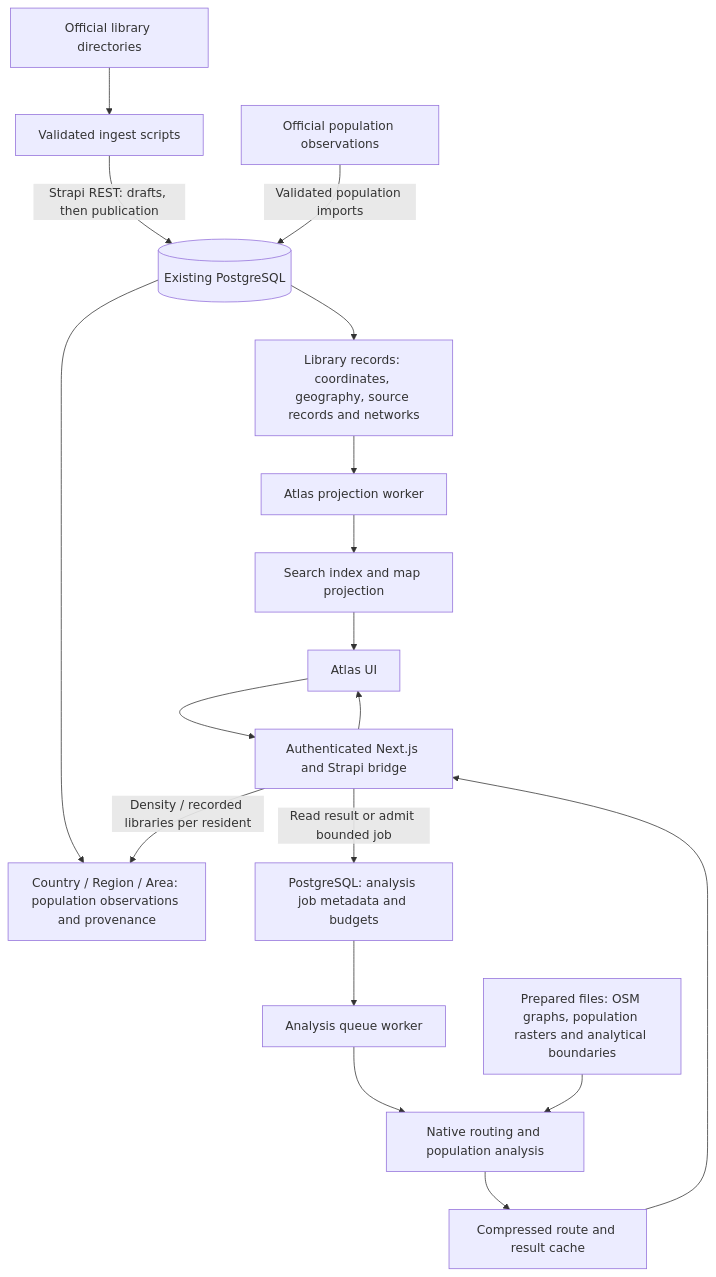
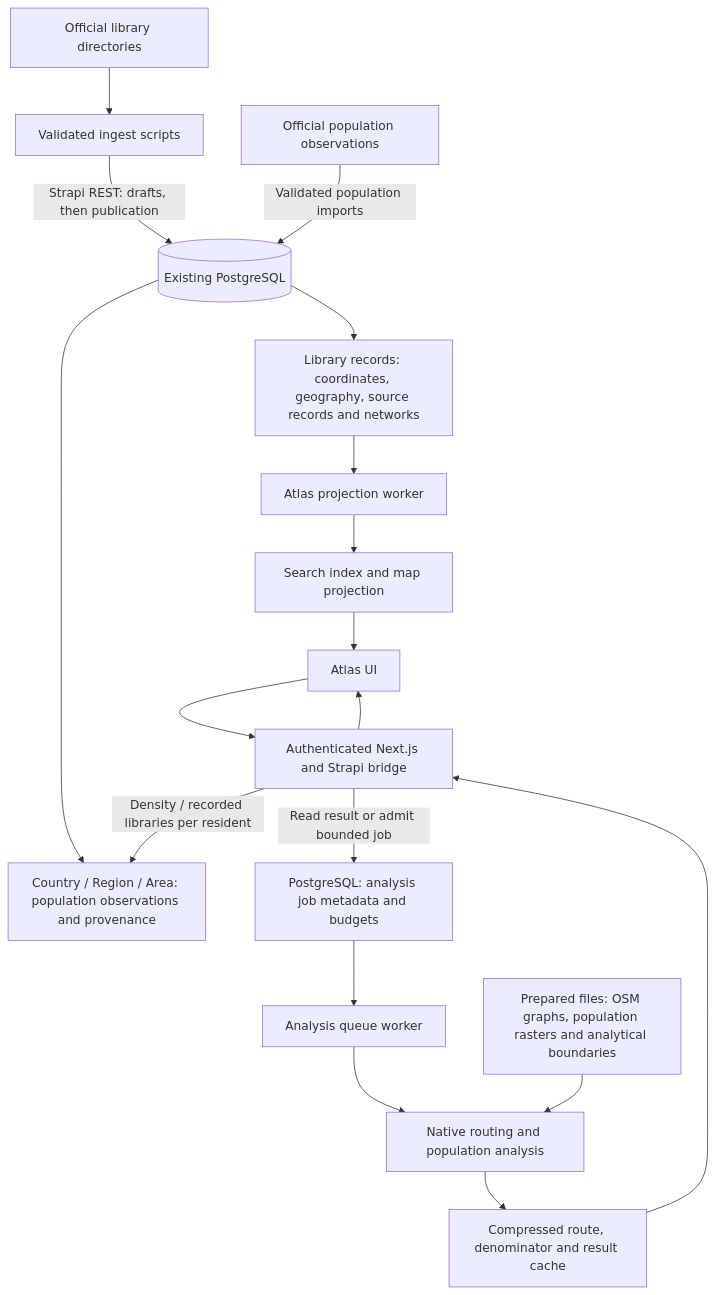
Before and after one commit to webbist-js/libraries.global: the diagram in apps/docs/docs/atlas-data-storage.md, drawn with Mermaid. The commit also changed other lines of this file and 8 other files, not shown here.

````diff
--- a/apps/docs/docs/atlas-data-storage.md
+++ b/apps/docs/docs/atlas-data-storage.md
@@ -7,20 +7,20 @@
 ```mermaid
 flowchart TD
     S[Official library directories] --> I[Validated ingest scripts]
     I -->|Strapi REST: drafts, then publication| DB[(Existing PostgreSQL)]
     P[Official population observations] -->|Validated population imports| DB
     DB --> L[Library records: coordinates, geography, source records and networks]
     DB --> G[Country / Region / Area: population observations and provenance]
     L --> W[Atlas projection worker]
     W --> X[Search index and map projection]
     U[Atlas UI] --> API[Authenticated Next.js and Strapi bridge]
     API -->|Density / recorded libraries per resident| G
     API -->|Read result or admit bounded job| J[PostgreSQL: analysis job metadata and budgets]
     J --> Q[Analysis queue worker]
     Q --> N[Native routing and population analysis]
     F[Prepared files: OSM graphs, population rasters and analytical boundaries] --> N
-    N --> C[Compressed route and result cache]
+    N --> C[Compressed route, denominator and result cache]
     C --> API
     API --> U
     X --> U
 ```
````
